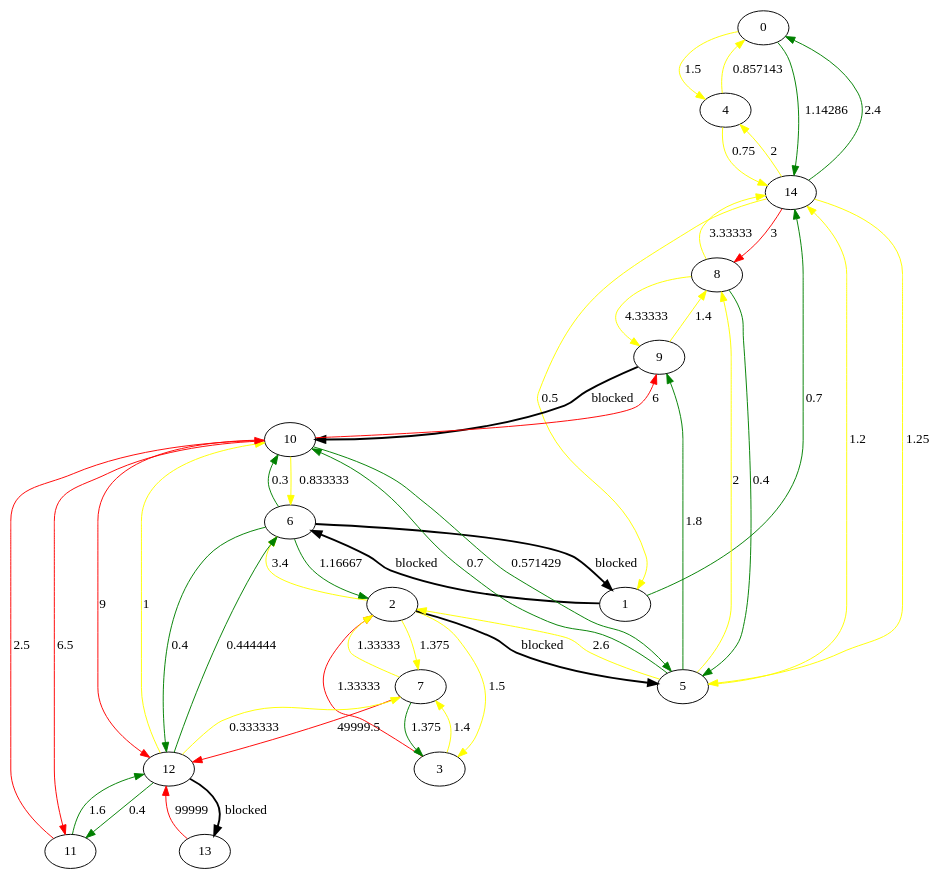
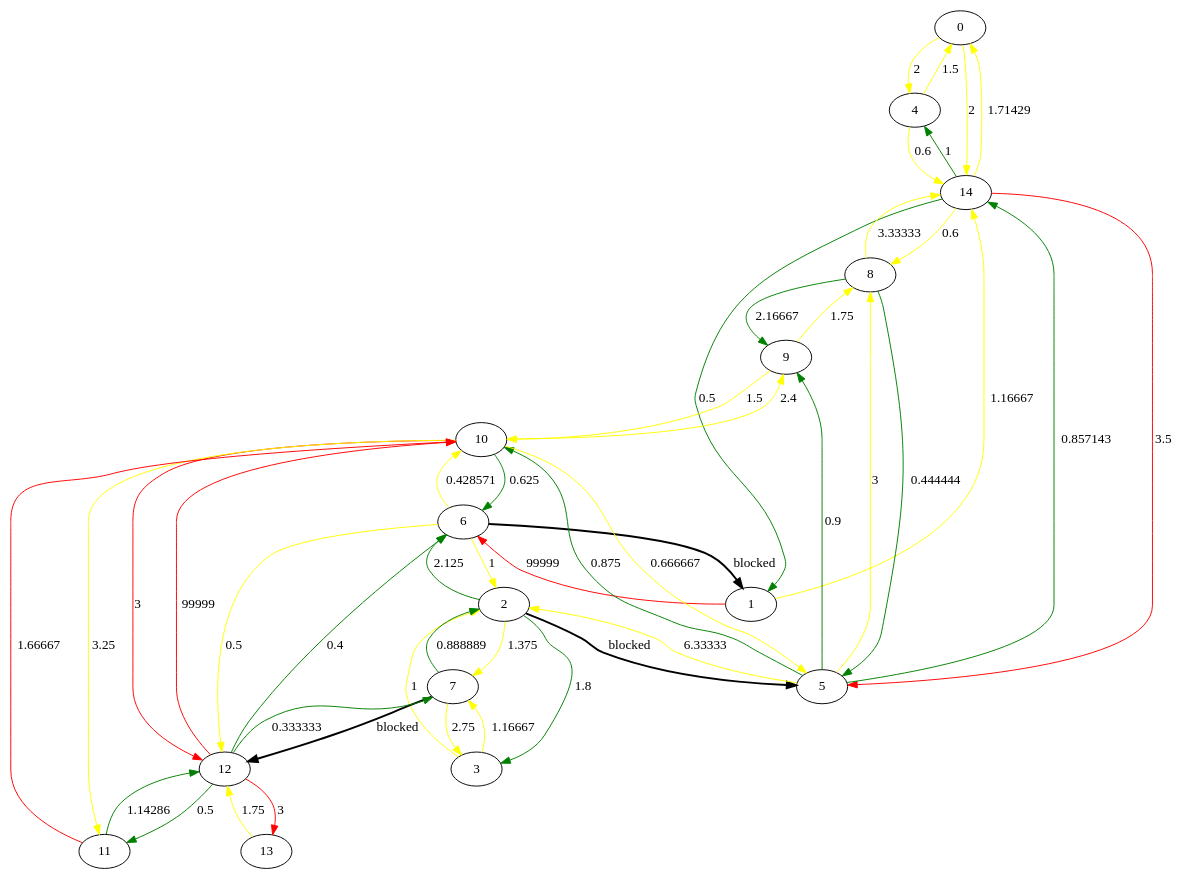
Before and after one commit to Code-with-ease/road-not-taken: the diagram in output.dot, drawn with Graphviz. The commit also changed 12 other files, not shown here.

```diff
--- a/output.dot
+++ b/output.dot
@@ -1,49 +1,49 @@
 digraph Test {
-0 -> 4[label="1.5",color= yellow, penwidth="1"];
-0 -> 14[label="1.14286",color= green, penwidth="1"];
-1 -> 6[label="blocked",color= black, penwidth="2"];
-1 -> 14[label="0.7",color= green, penwidth="1"];
-2 -> 3[label="1.5",color= yellow, penwidth="1"];
+0 -> 4[label="2",color= yellow, penwidth="1"];
+0 -> 14[label="2",color= yellow, penwidth="1"];
+1 -> 6[label="99999",color= red, penwidth="1"];
+1 -> 14[label="1.16667",color= yellow, penwidth="1"];
+2 -> 3[label="1.8",color= green, penwidth="1"];
 2 -> 5[label="blocked",color= black, penwidth="2"];
-2 -> 6[label="3.4",color= yellow, penwidth="1"];
+2 -> 6[label="2.125",color= green, penwidth="1"];
 2 -> 7[label="1.375",color= yellow, penwidth="1"];
-3 -> 2[label="1.33333",color= red, penwidth="1"];
-3 -> 7[label="1.4",color= yellow, penwidth="1"];
-4 -> 0[label="0.857143",color= yellow, penwidth="1"];
-4 -> 14[label="0.75",color= yellow, penwidth="1"];
-5 -> 2[label="2.6",color= yellow, penwidth="1"];
-5 -> 8[label="2",color= yellow, penwidth="1"];
-5 -> 9[label="1.8",color= green, penwidth="1"];
-5 -> 10[label="0.7",color= green, penwidth="1"];
-5 -> 14[label="1.2",color= yellow, penwidth="1"];
+3 -> 2[label="1",color= yellow, penwidth="1"];
+3 -> 7[label="1.16667",color= yellow, penwidth="1"];
+4 -> 0[label="1.5",color= yellow, penwidth="1"];
+4 -> 14[label="0.6",color= yellow, penwidth="1"];
+5 -> 2[label="6.33333",color= yellow, penwidth="1"];
+5 -> 8[label="3",color= yellow, penwidth="1"];
+5 -> 9[label="0.9",color= green, penwidth="1"];
+5 -> 10[label="0.875",color= green, penwidth="1"];
+5 -> 14[label="0.857143",color= green, penwidth="1"];
 6 -> 1[label="blocked",color= black, penwidth="2"];
-6 -> 2[label="1.16667",color= green, penwidth="1"];
-6 -> 10[label="0.3",color= green, penwidth="1"];
-6 -> 12[label="0.4",color= green, penwidth="1"];
-7 -> 2[label="1.33333",color= yellow, penwidth="1"];
-7 -> 3[label="1.375",color= green, penwidth="1"];
-7 -> 12[label="49999.5",color= red, penwidth="1"];
-8 -> 5[label="0.4",color= green, penwidth="1"];
-8 -> 9[label="4.33333",color= yellow, penwidth="1"];
+6 -> 2[label="1",color= yellow, penwidth="1"];
+6 -> 10[label="0.428571",color= yellow, penwidth="1"];
+6 -> 12[label="0.5",color= yellow, penwidth="1"];
+7 -> 2[label="0.888889",color= green, penwidth="1"];
+7 -> 3[label="2.75",color= yellow, penwidth="1"];
+7 -> 12[label="blocked",color= black, penwidth="2"];
+8 -> 5[label="0.444444",color= green, penwidth="1"];
+8 -> 9[label="2.16667",color= green, penwidth="1"];
 8 -> 14[label="3.33333",color= yellow, penwidth="1"];
-9 -> 8[label="1.4",color= yellow, penwidth="1"];
-9 -> 10[label="blocked",color= black, penwidth="2"];
-10 -> 5[label="0.571429",color= green, penwidth="1"];
-10 -> 6[label="0.833333",color= yellow, penwidth="1"];
-10 -> 9[label="6",color= red, penwidth="1"];
-10 -> 11[label="6.5",color= red, penwidth="1"];
-10 -> 12[label="9",color= red, penwidth="1"];
-11 -> 10[label="2.5",color= red, penwidth="1"];
-11 -> 12[label="1.6",color= green, penwidth="1"];
-12 -> 6[label="0.444444",color= green, penwidth="1"];
-12 -> 7[label="0.333333",color= yellow, penwidth="1"];
-12 -> 10[label="1",color= yellow, penwidth="1"];
-12 -> 11[label="0.4",color= green, penwidth="1"];
-12 -> 13[label="blocked",color= black, penwidth="2"];
-13 -> 12[label="99999",color= red, penwidth="1"];
-14 -> 0[label="2.4",color= green, penwidth="1"];
-14 -> 1[label="0.5",color= yellow, penwidth="1"];
-14 -> 4[label="2",color= yellow, penwidth="1"];
-14 -> 5[label="1.25",color= yellow, penwidth="1"];
-14 -> 8[label="3",color= red, penwidth="1"];
+9 -> 8[label="1.75",color= yellow, penwidth="1"];
+9 -> 10[label="1.5",color= yellow, penwidth="1"];
+10 -> 5[label="0.666667",color= yellow, penwidth="1"];
+10 -> 6[label="0.625",color= green, penwidth="1"];
+10 -> 9[label="2.4",color= yellow, penwidth="1"];
+10 -> 11[label="3.25",color= yellow, penwidth="1"];
+10 -> 12[label="3",color= red, penwidth="1"];
+11 -> 10[label="1.66667",color= red, penwidth="1"];
+11 -> 12[label="1.14286",color= green, penwidth="1"];
+12 -> 6[label="0.4",color= green, penwidth="1"];
+12 -> 7[label="0.333333",color= green, penwidth="1"];
+12 -> 10[label="99999",color= red, penwidth="1"];
+12 -> 11[label="0.5",color= green, penwidth="1"];
+12 -> 13[label="3",color= red, penwidth="1"];
+13 -> 12[label="1.75",color= yellow, penwidth="1"];
+14 -> 0[label="1.71429",color= yellow, penwidth="1"];
+14 -> 1[label="0.5",color= green, penwidth="1"];
+14 -> 4[label="1",color= green, penwidth="1"];
+14 -> 5[label="3.5",color= red, penwidth="1"];
+14 -> 8[label="0.6",color= yellow, penwidth="1"];
 }
```
